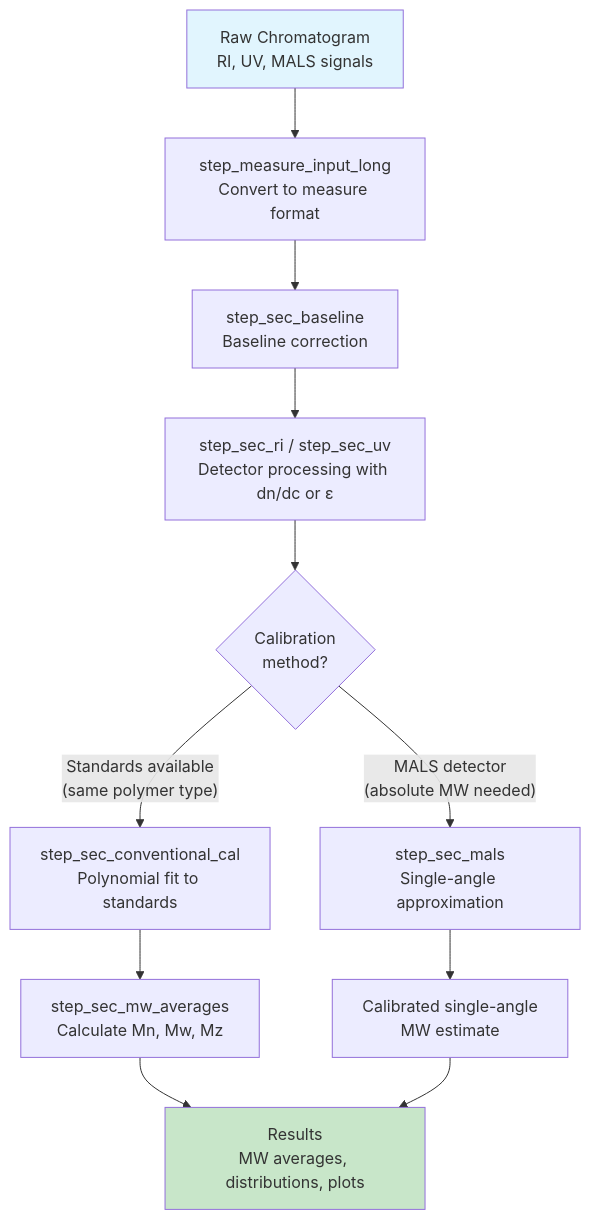
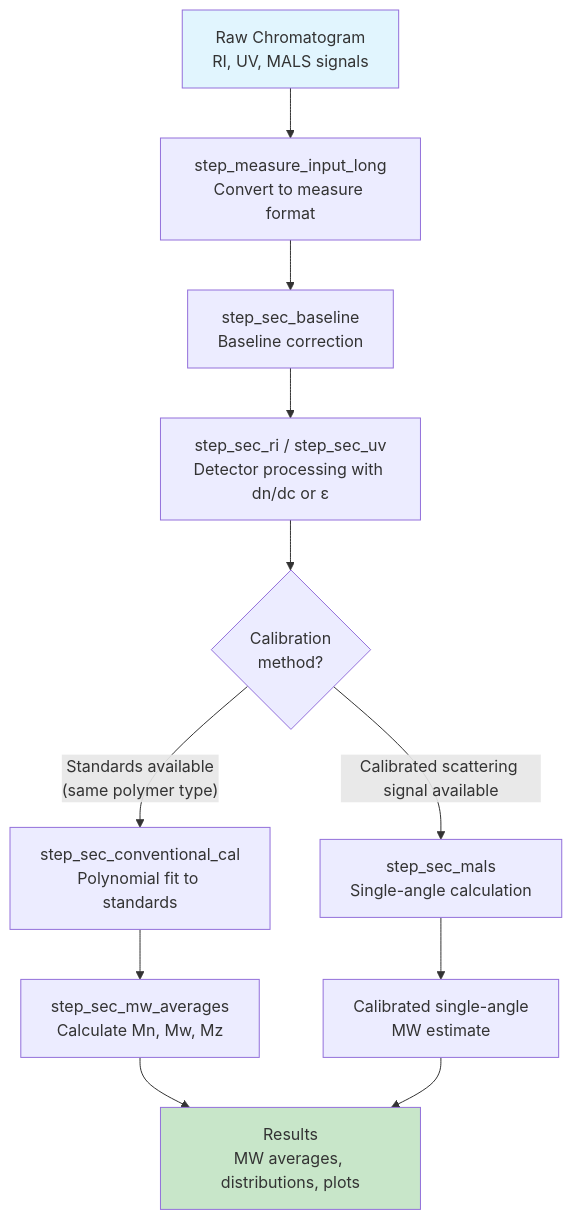
One commit to JamesHWade/measure.sec changed the diagram in vignettes/getting-started.Rmd. Above: the diagram before and after it, drawn with Mermaid. The commit also changed other lines of this file and 4 other files, not shown here.

````diff
--- a/vignettes/getting-started.Rmd
+++ b/vignettes/getting-started.Rmd
@@ -83,16 +46,16 @@
 ```mermaid
 flowchart TD
     A[Raw Chromatogram<br>RI, UV, MALS signals] --> B[step_measure_input_long<br>Convert to measure format]
     B --> C[step_sec_baseline<br>Baseline correction]
     C --> D[step_sec_ri / step_sec_uv<br>Detector processing with dn/dc or ε]
     D --> E{Calibration<br>method?}
     E -->|"Standards available<br>(same polymer type)"| F[step_sec_conventional_cal<br>Polynomial fit to standards]
-    E -->|"MALS detector<br>(absolute MW needed)"| G[step_sec_mals<br>Single-angle approximation]
+    E -->|"Calibrated scattering signal available"| G[step_sec_mals<br>Single-angle calculation]
     F --> H[step_sec_mw_averages<br>Calculate Mn, Mw, Mz]
     G --> I[Calibrated single-angle<br>MW estimate]
     H --> J[Results<br>MW averages, distributions, plots]
     I --> J
 
     style A fill:#e1f5fe
     style J fill:#c8e6c9
 ```
````
